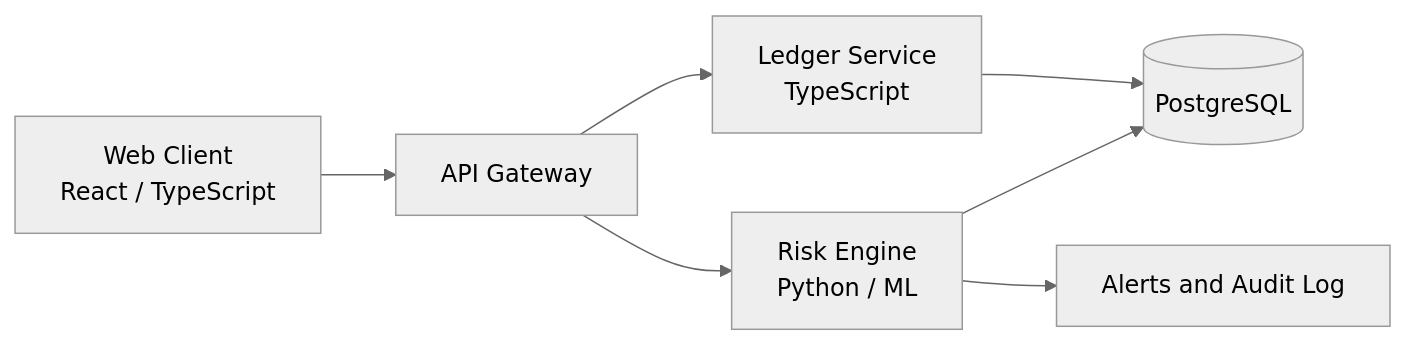
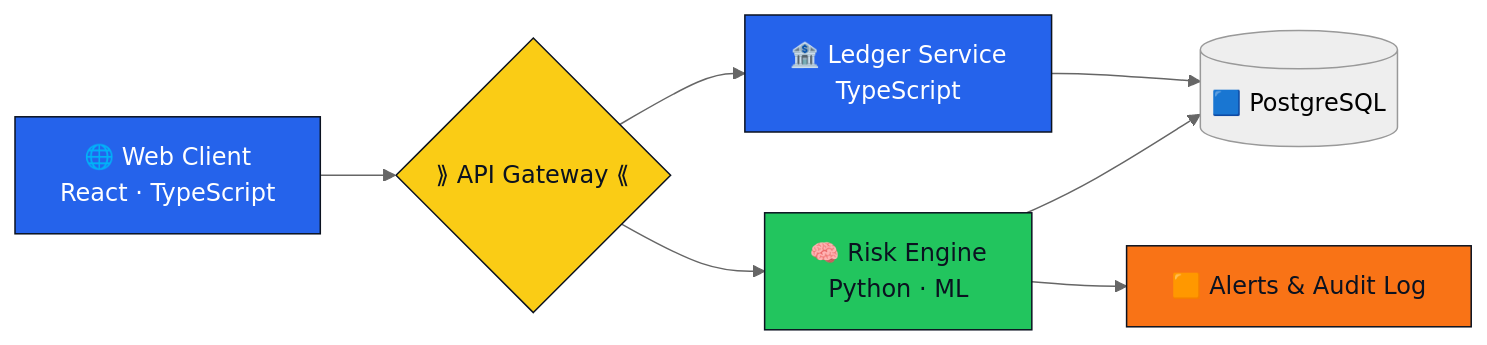
Before and after one commit to Rotz-kirwa/Rotz-kirwa: the diagram in README.md, drawn with Mermaid (neutral theme). The commit also changed other lines of this file, not shown here.

````diff
--- a/README.md
+++ b/README.md
@@ -66,9 +71,17 @@
 ```mermaid
 flowchart LR
-    A[Web Client<br/>React / TypeScript] --> B[API Gateway]
-    B --> C[Ledger Service<br/>TypeScript]
-    B --> D[Risk Engine<br/>Python / ML]
-    C --> E[(PostgreSQL)]
+    A["🌐 Web Client<br/>React · TypeScript"] --> B{"⟫ API Gateway ⟪"}
+    B --> C["🏦 Ledger Service<br/>TypeScript"]
+    B --> D["🧠 Risk Engine<br/>Python · ML"]
+    C --> E[("🟦 PostgreSQL")]
     D --> E
-    D --> F[Alerts and Audit Log]
+    D --> F["🟧 Alerts & Audit Log"]
+    classDef blue fill:#2563EB,stroke:#0B1220,color:#fff
+    classDef green fill:#22C55E,stroke:#0B1220,color:#0B1220
+    classDef yellow fill:#FACC15,stroke:#0B1220,color:#0B1220
+    classDef orange fill:#F97316,stroke:#0B1220,color:#0B1220
+    class A,C blue
+    class B yellow
+    class D green
+    class F orange
 ```
````
